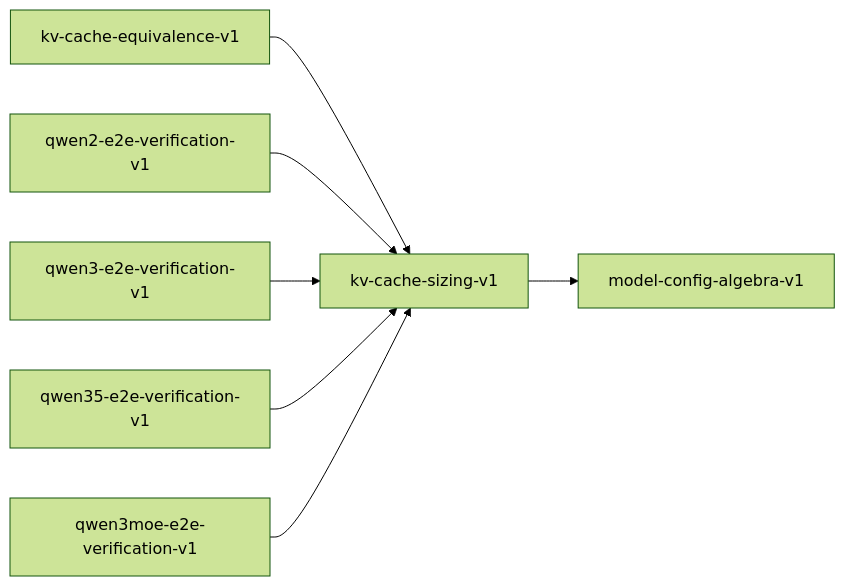
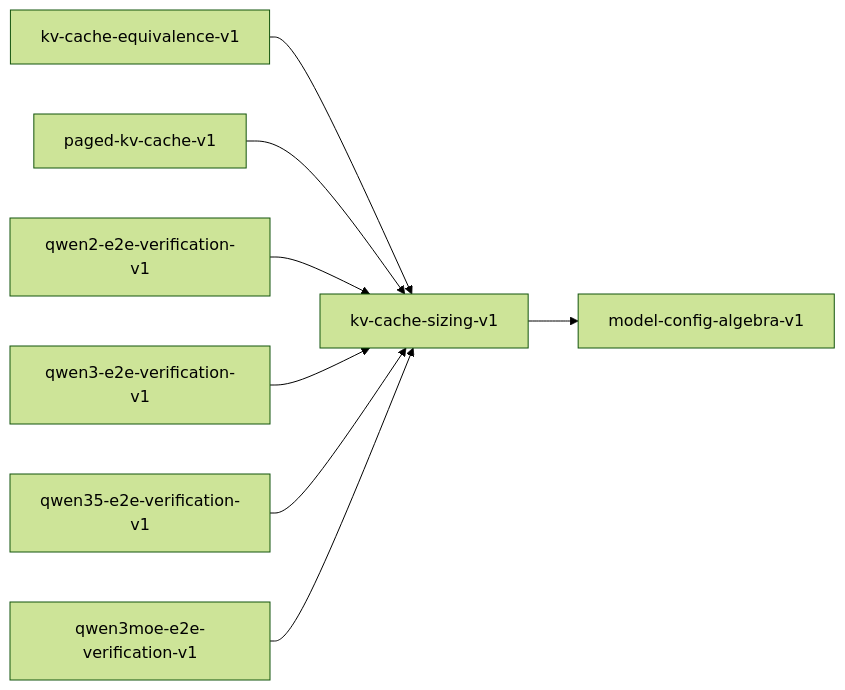
One commit to paiml/provable-contracts changed the diagram in book/src/contracts/kv-cache-sizing-v1.md. Above: the diagram before and after it, drawn with Mermaid (forest theme). The commit also changed other lines of this file and 121 other files, not shown here.

````diff
--- a/book/src/contracts/kv-cache-sizing-v1.md
+++ b/book/src/contracts/kv-cache-sizing-v1.md
@@ -18,9 +18,10 @@
 ```mermaid
 graph LR
     kv_cache_sizing_v1["kv-cache-sizing-v1"] --> model_config_algebra_v1["model-config-algebra-v1"]
     kv_cache_equivalence_v1["kv-cache-equivalence-v1"] --> kv_cache_sizing_v1["kv-cache-sizing-v1"]
+    paged_kv_cache_v1["paged-kv-cache-v1"] --> kv_cache_sizing_v1["kv-cache-sizing-v1"]
     qwen2_e2e_verification_v1["qwen2-e2e-verification-v1"] --> kv_cache_sizing_v1["kv-cache-sizing-v1"]
     qwen3_e2e_verification_v1["qwen3-e2e-verification-v1"] --> kv_cache_sizing_v1["kv-cache-sizing-v1"]
     qwen35_e2e_verification_v1["qwen35-e2e-verification-v1"] --> kv_cache_sizing_v1["kv-cache-sizing-v1"]
     qwen3moe_e2e_verification_v1["qwen3moe-e2e-verification-v1"] --> kv_cache_sizing_v1["kv-cache-sizing-v1"]
 ```
````
